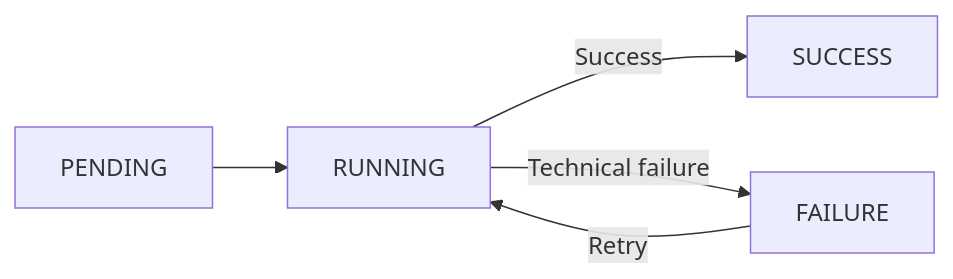
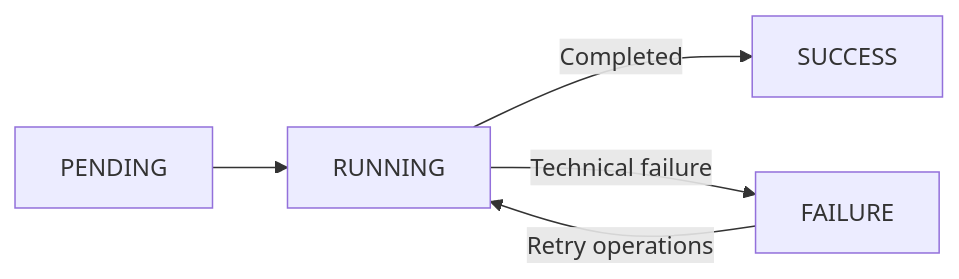
The diagram in docs/src/rdp/operations/index.md (unicef/hope-country-workspace), drawn with Mermaid before and after one commit. The commit also changed other lines of this file and 21 other files, not shown here.

````diff
--- a/docs/src/rdp/operations/index.md
+++ b/docs/src/rdp/operations/index.md
@@ -21,7 +26,7 @@
 ```mermaid
 flowchart LR
     A[PENDING] --> B[RUNNING]
-    B -->|Success| C[SUCCESS]
+    B -->|Completed| C[SUCCESS]
     B -->|Technical failure| D[FAILURE]
-    D -->|Retry| B
+    D -->|Retry operations| B
 ```
````
